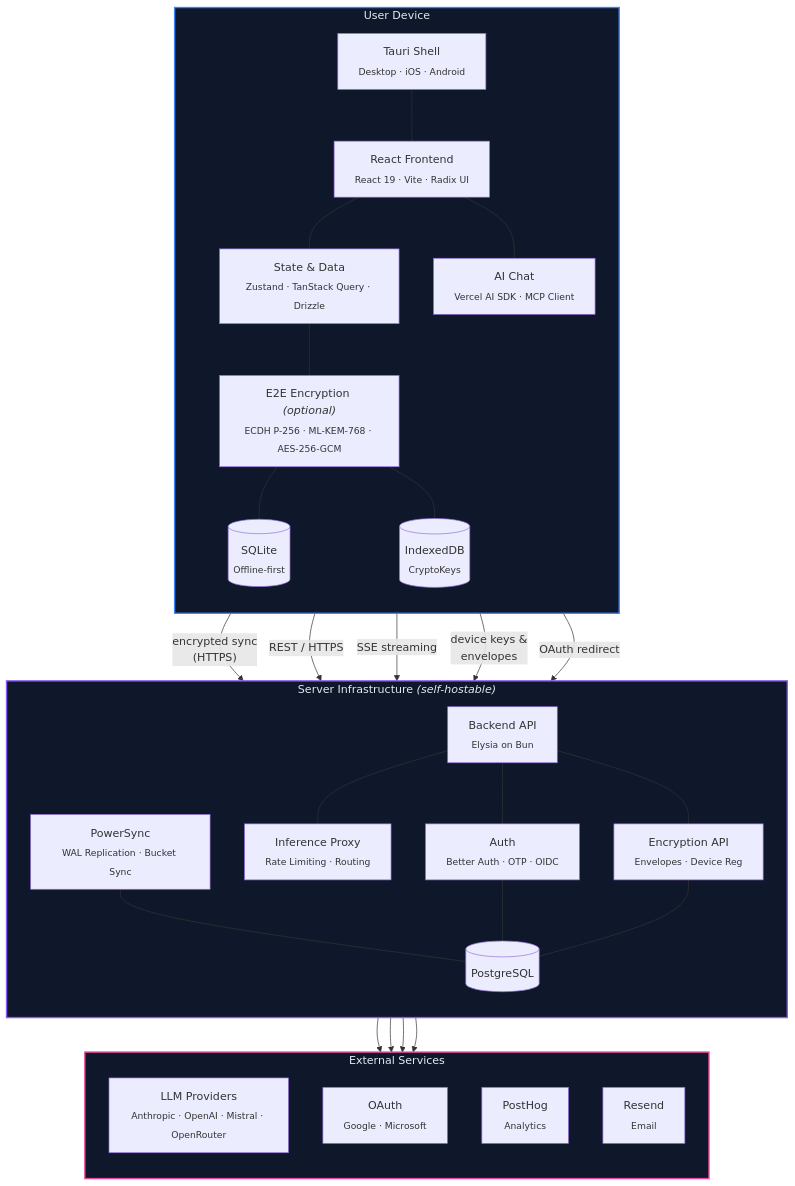
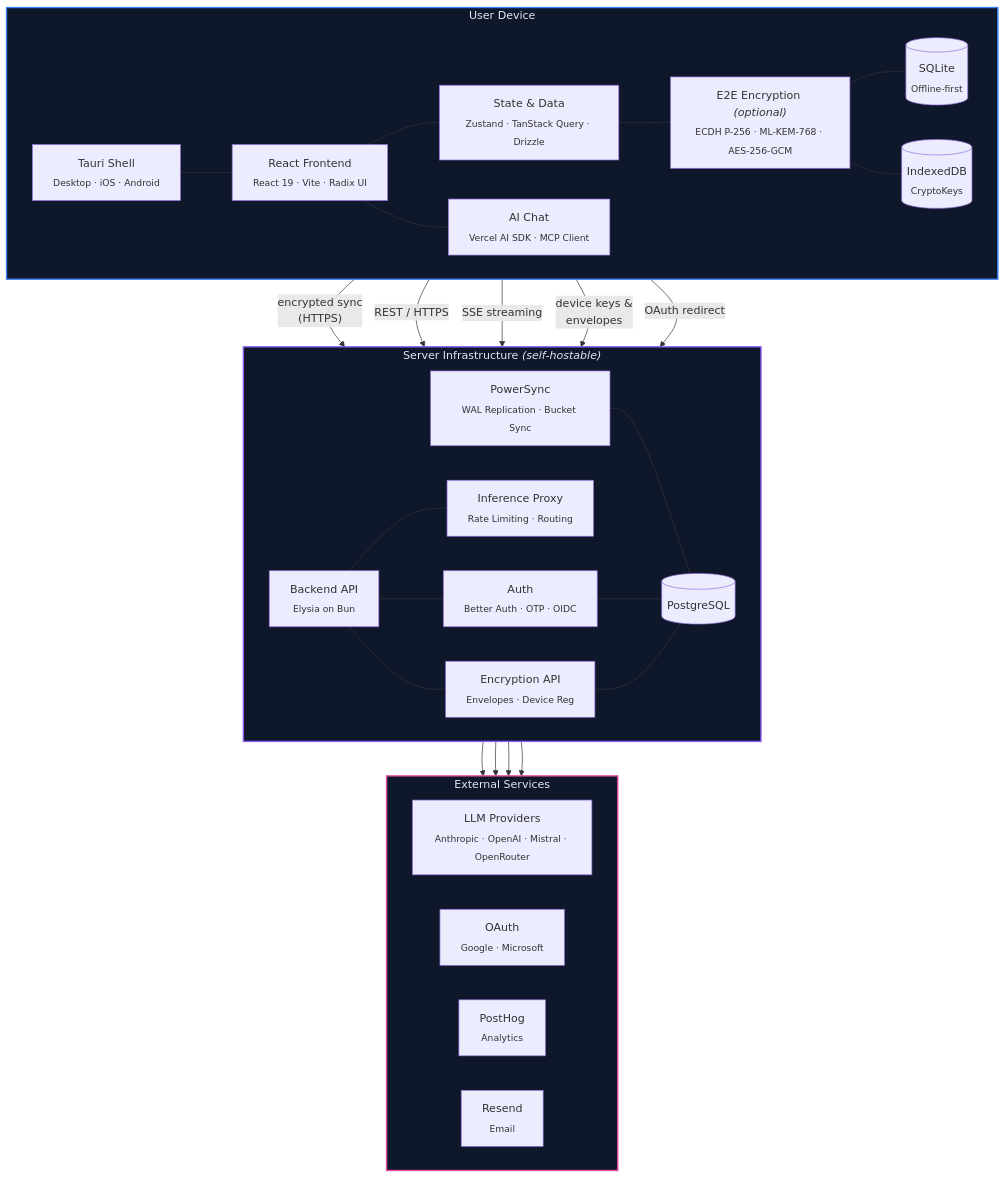
One commit to thunderbird/thunderbolt changed the first of 3 diagrams in docs/architecture.md. Above: the diagram before and after it, drawn with Mermaid. The commit also changed other lines of this file, not shown here.

Commit message:
docs: refine architecture diagram layout and callout styling
- switch subgraph directions from TB to LR for better readability
- add warning emoji to development-status callouts

````diff
--- a/docs/architecture.md
+++ b/docs/architecture.md
@@ -3,60 +3,60 @@
 ```mermaid
 graph TB
   subgraph LOCAL["User Device"]
-    direction TB
+    direction LR
     TAURI["Tauri Shell<br/><sub>Desktop · iOS · Android</sub>"]
     UI["React Frontend<br/><sub>React 19 · Vite · Radix UI</sub>"]
     STATE["State & Data<br/><sub>Zustand · TanStack Query · Drizzle</sub>"]
     AI["AI Chat<br/><sub>Vercel AI SDK · MCP Client</sub>"]
     CRYPTO["E2E Encryption <i>(optional)</i><br/><sub>ECDH P-256 · ML-KEM-768 · AES-256-GCM</sub>"]
     SQLITE[("SQLite<br/><sub>Offline-first</sub>")]
     KEYSTORE[("IndexedDB<br/><sub>CryptoKeys</sub>")]
 
     TAURI --- UI
     UI --- STATE
     UI --- AI
     STATE --- CRYPTO
     CRYPTO --- SQLITE
     CRYPTO --- KEYSTORE
   end
 
   subgraph SERVER["Server Infrastructure <i>(self-hostable)</i>"]
-    direction TB
+    direction LR
     API["Backend API<br/><sub>Elysia on Bun</sub>"]
     AUTH["Auth<br/><sub>Better Auth · OTP · OIDC</sub>"]
     INFERENCE["Inference Proxy<br/><sub>Rate Limiting · Routing</sub>"]
     ENCRYPT_API["Encryption API<br/><sub>Envelopes · Device Reg</sub>"]
     PS["PowerSync<br/><sub>WAL Replication · Bucket Sync</sub>"]
     PG[("PostgreSQL")]
 
     API --- AUTH
     API --- INFERENCE
     API --- ENCRYPT_API
     PS --- PG
     AUTH --- PG
     ENCRYPT_API --- PG
   end
 
   subgraph EXTERNAL["External Services"]
-    direction TB
+    direction LR
     LLM["LLM Providers<br/><sub>Anthropic · OpenAI · Mistral · OpenRouter</sub>"]
     OAUTH["OAuth<br/><sub>Google · Microsoft</sub>"]
     POSTHOG["PostHog<br/><sub>Analytics</sub>"]
     RESEND["Resend<br/><sub>Email</sub>"]
   end
 
   STATE -- "encrypted sync<br/>(HTTPS)" --> PS
   STATE -- "REST / HTTPS" --> API
   AI -- "SSE streaming" --> INFERENCE
   CRYPTO -- "device keys &<br/>envelopes" --> ENCRYPT_API
   UI -- "OAuth redirect" --> AUTH
 
   INFERENCE --> LLM
   AUTH --> OAUTH
   API --> POSTHOG
   API --> RESEND
 
   style LOCAL fill:#0f172a,stroke:#3b82f6,stroke-width:2px,color:#e2e8f0
   style SERVER fill:#0f172a,stroke:#8b5cf6,stroke-width:2px,color:#e2e8f0
   style EXTERNAL fill:#0f172a,stroke:#ec4899,stroke-width:2px,color:#e2e8f0
 ```
````
